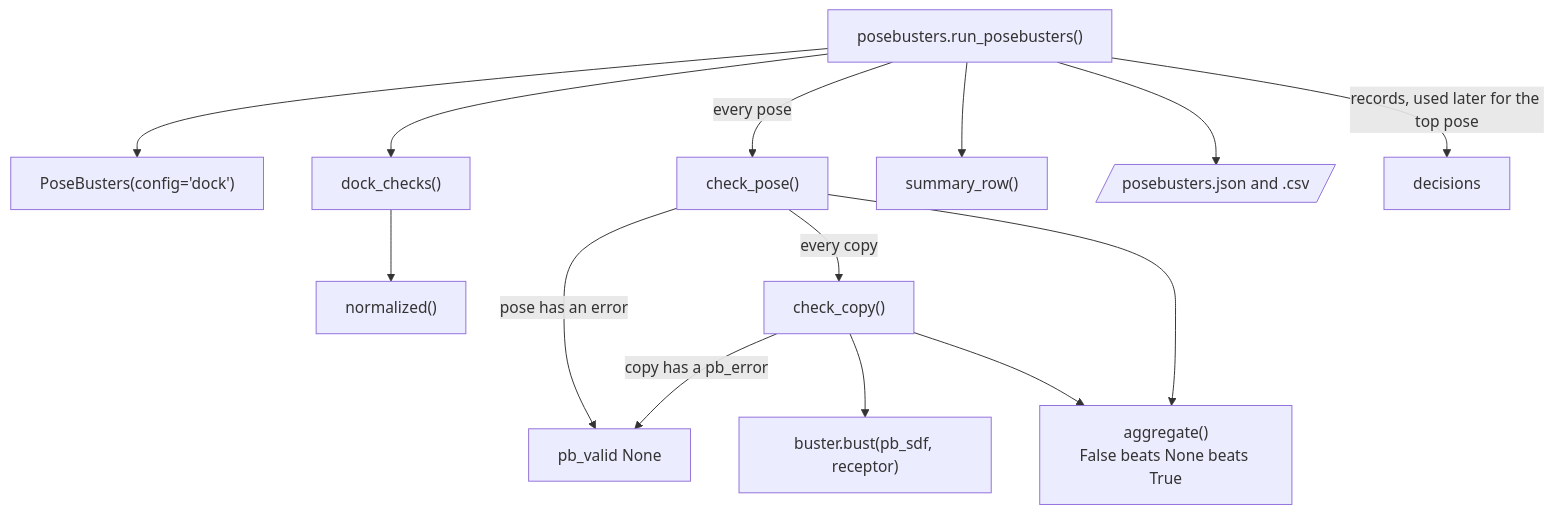
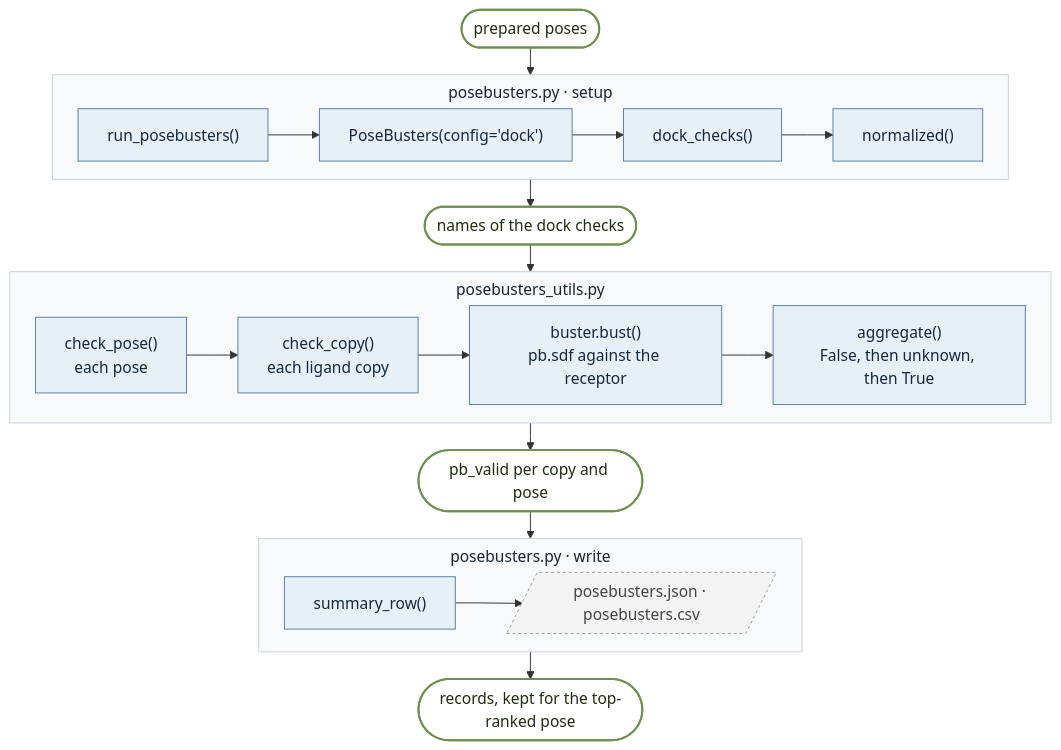
One commit to James-Broster/core-score changed the fourth of 10 diagrams in docs/code-map.md. Above: the diagram before and after it, drawn with Mermaid. The commit also changed other lines of this file, not shown here.

First line of the commit message:
Redraw the code map as stage ladders

````diff
--- a/docs/code-map.md
+++ b/docs/code-map.md
@@ -177,16 +202,33 @@
 ```mermaid
-flowchart TD
-    rp["posebusters.run_posebusters()"] --> bus["PoseBusters(config='dock')"]
-    rp --> dc["dock_checks()"]
-    dc --> nm["normalized()"]
-    rp -->|"every pose"| cp["check_pose()"]
-    cp -->|"pose has an error"| unk["pb_valid None"]
-    cp -->|"every copy"| cc["check_copy()"]
-    cc -->|"copy has a pb_error"| unk
-    cc --> bust["buster.bust(pb_sdf, receptor)"]
-    cc --> ag["aggregate()<br/>False beats None beats True"]
-    cp --> ag
-    rp --> sr["summary_row()"]
-    rp --> out[/"posebusters.json and .csv"/]
-    rp -->|"records, used later for the top pose"| dec["decisions"]
+%%{init: {"flowchart": {"curve": "linear", "nodeSpacing": 18, "rankSpacing": 28, "subGraphTitleMargin": {"top": 6, "bottom": 10}}}}%%
+flowchart TB
+    classDef fn fill:#e7eff7,stroke:#5b7fa3,color:#13293d
+    classDef ost fill:#fbedd5,stroke:#b07a1e,color:#3d2a08
+    classDef data fill:#ffffff,stroke:#6f8f4e,color:#1f2d12,stroke-width:2px
+    classDef file fill:#f3f3f3,stroke:#9a9a9a,color:#444,stroke-dasharray:3 3
+    classDef stage fill:#f7f9fb,stroke:#c9d2dc,color:#1b2430
+
+    start(["prepared poses"]):::data
+
+    subgraph B1["posebusters.py · setup"]
+        direction LR
+        a1["run_posebusters()"]:::fn --> a2["PoseBusters(config='dock')"]:::fn --> a3["dock_checks()"]:::fn --> a4["normalized()"]:::fn
+    end
+    d1(["names of the dock checks"]):::data
+
+    subgraph B2["posebusters_utils.py"]
+        direction LR
+        c1["check_pose()<br/>each pose"]:::fn --> c2["check_copy()<br/>each ligand copy"]:::fn --> c3["buster.bust()<br/>pb.sdf against the receptor"]:::fn --> c4["aggregate()<br/>False, then unknown, then True"]:::fn
+    end
+    d2(["pb_valid per copy and pose"]):::data
+
+    subgraph B3["posebusters.py · write"]
+        direction LR
+        e1["summary_row()"]:::fn --> e2[/"posebusters.json · posebusters.csv"/]:::file
+    end
+    d3(["records, kept for the top-ranked pose"]):::data
+
+    start --> B1 --> d1 --> B2 --> d2 --> B3 --> d3
+
+    class B1,B2,B3 stage
 ```
````
